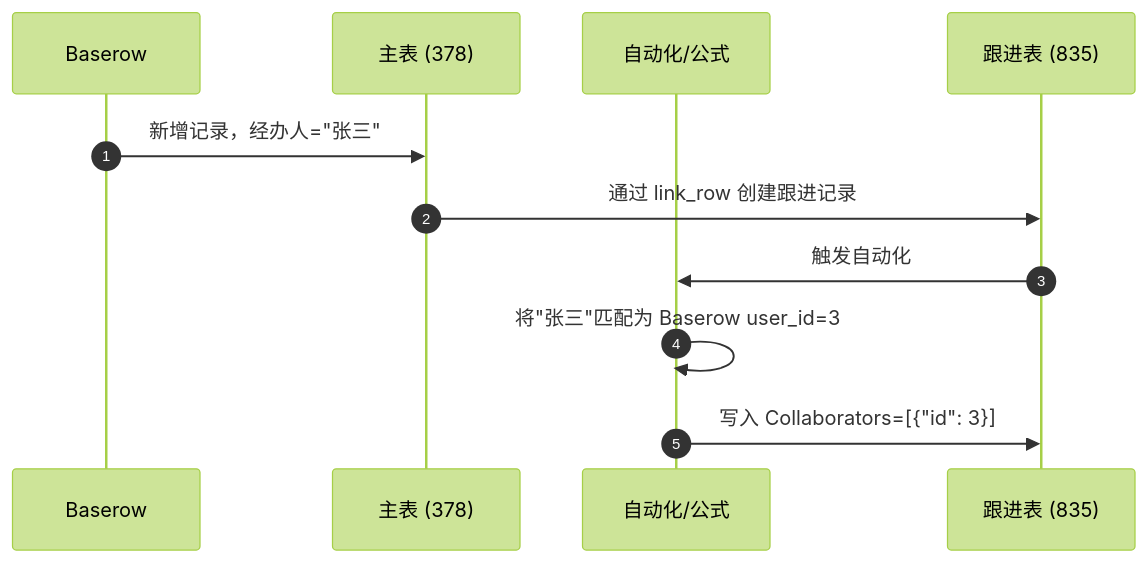
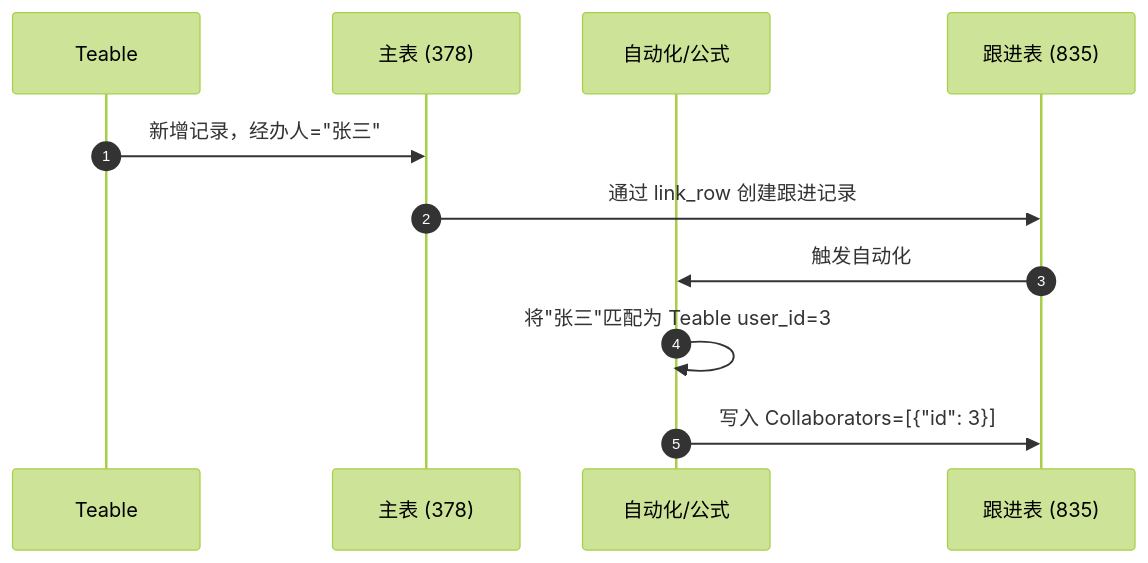
The fourth of 4 diagrams in issue-6/designs/supervision-collab-va/flows.md (sushanglewis/WeLink), drawn with Mermaid (forest theme) before and after one commit. The commit also changed other lines of this file and 13 other files, not shown here.

````diff
--- a/issue-6/designs/supervision-collab-va/flows.md
+++ b/issue-6/designs/supervision-collab-va/flows.md
@@ -93,14 +95,14 @@
 ```mermaid
 sequenceDiagram
     autonumber
-    participant Baserow as Baserow
+    participant Teable as Teable
     participant Main as 主表 (378)
     participant Auto as 自动化/公式
     participant Follow as 跟进表 (835)
 
-    Baserow->>Main: 新增记录，经办人="张三"
+    Teable->>Main: 新增记录，经办人="张三"
     Main->>Follow: 通过 link_row 创建跟进记录
     Follow->>Auto: 触发自动化
-    Auto->>Auto: 将"张三"匹配为 Baserow user_id=3
+    Auto->>Auto: 将"张三"匹配为 Teable user_id=3
     Auto->>Follow: 写入 Collaborators=[{"id": 3}]
 ```
````
